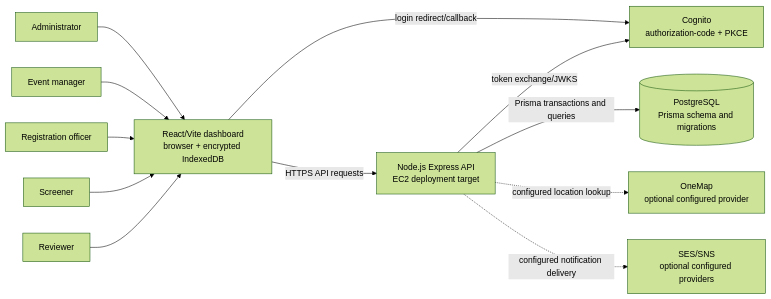
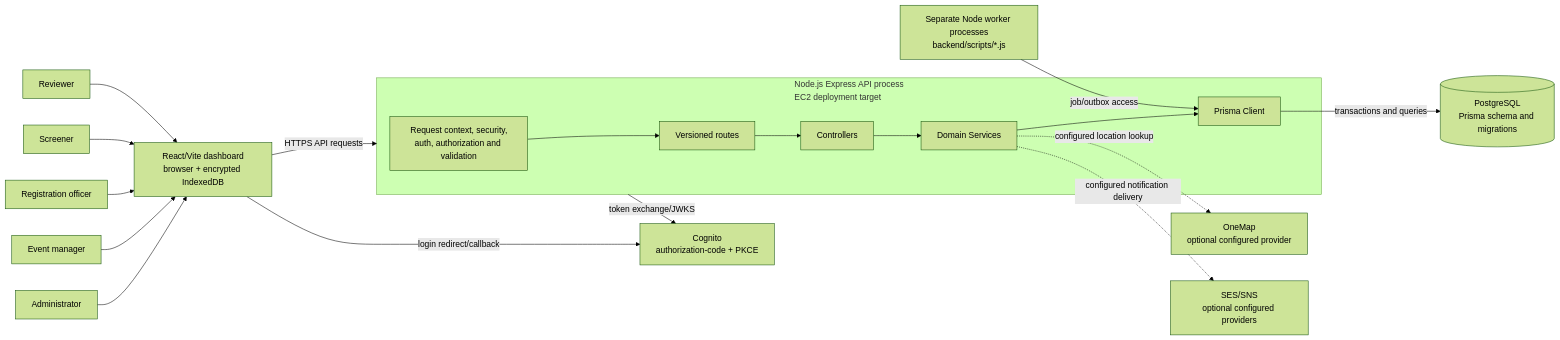
The diagram in docs/secure_coding/diagrams/ContextDiagram.md (NachikethReddyY/vsms), drawn with Mermaid (forest theme) before and after one commit. The commit also changed other lines of this file and 9 other files, not shown here.

Commit message:
docs: align final package with implemented architecture

````diff
--- a/docs/secure_coding/diagrams/ContextDiagram.md
+++ b/docs/secure_coding/diagrams/ContextDiagram.md
@@ -7,27 +8,36 @@
 ```mermaid
 flowchart LR
     admin[Administrator]
     manager[Event manager]
     registration[Registration officer]
     screener[Screener]
     reviewer[Reviewer]
 
     client[React/Vite dashboard<br/>browser + encrypted IndexedDB]
-    api[Node.js Express API<br/>EC2 deployment target]
+    subgraph api[Node.js Express API process<br/>EC2 deployment target]
+        middleware[Request context, security,<br/>auth, authorization and validation]
+        routes[Versioned routes]
+        controllers[Controllers]
+        services[Domain Services]
+        prisma[Prisma Client]
+        middleware --> routes --> controllers --> services --> prisma
+    end
+    workers[Separate Node worker processes<br/>backend/scripts/*.js]
     db[(PostgreSQL<br/>Prisma schema and migrations)]
     cognito[Cognito<br/>authorization-code + PKCE]
     onemap[OneMap<br/>optional configured provider]
     providers[SES/SNS<br/>optional configured providers]
 
     admin --> client
     manager --> client
     registration --> client
     screener --> client
     reviewer --> client
     client -->|HTTPS API requests| api
     client -->|login redirect/callback| cognito
     api -->|token exchange/JWKS| cognito
-    api -->|Prisma transactions and queries| db
-    api -.->|configured location lookup| onemap
-    api -.->|configured notification delivery| providers
+    prisma -->|transactions and queries| db
+    workers -->|job/outbox access| prisma
+    services -.->|configured location lookup| onemap
+    services -.->|configured notification delivery| providers
 ```
````
